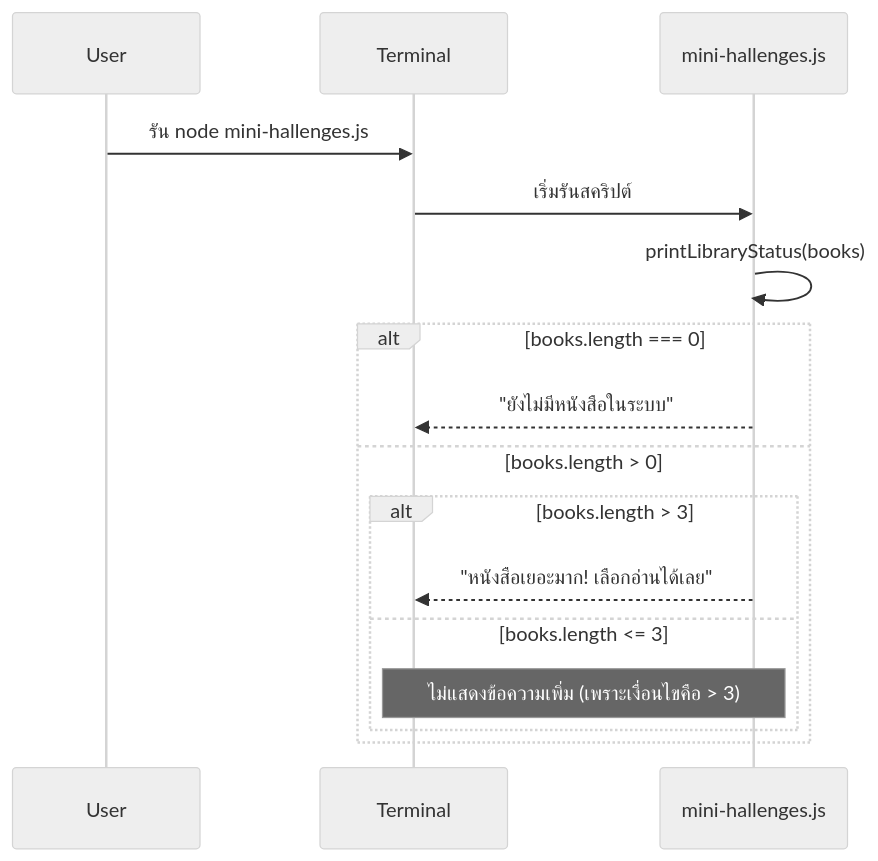
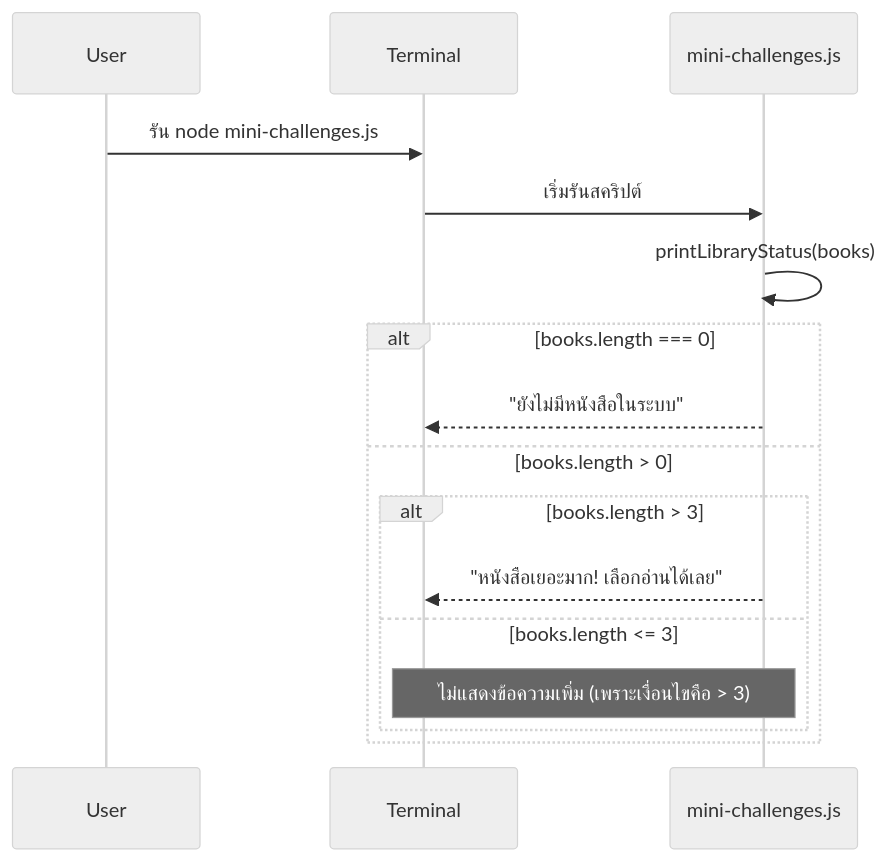
The first of 2 diagrams in docs/nodejs-zero-to-hero/day-1-introduction/hands-on-labs.md (kkpanuwat/node-zero-to-deploy), drawn with Mermaid (neutral theme) before and after one commit. The commit also changed other lines of this file and 3 other files, not shown here.

````diff
--- a/docs/nodejs-zero-to-hero/day-1-introduction/hands-on-labs.md
+++ b/docs/nodejs-zero-to-hero/day-1-introduction/hands-on-labs.md
@@ -158,21 +158,21 @@
 ```mermaid
 sequenceDiagram
   participant User
   participant Terminal
-  participant App as mini-hallenges.js
+  participant App as mini-challenges.js
 
-  User->>Terminal: รัน node mini-hallenges.js
+  User->>Terminal: รัน node mini-challenges.js
   Terminal->>App: เริ่มรันสคริปต์
 
   App->>App: printLibraryStatus(books)
   alt books.length === 0
     App-->>Terminal: "ยังไม่มีหนังสือในระบบ"
   else books.length > 0
     alt books.length > 3
       App-->>Terminal: "หนังสือเยอะมาก! เลือกอ่านได้เลย"
     else books.length <= 3
       Note over App,Terminal: ไม่แสดงข้อความเพิ่ม (เพราะเงื่อนไขคือ > 3)
     end
   end
 
 ```
````
